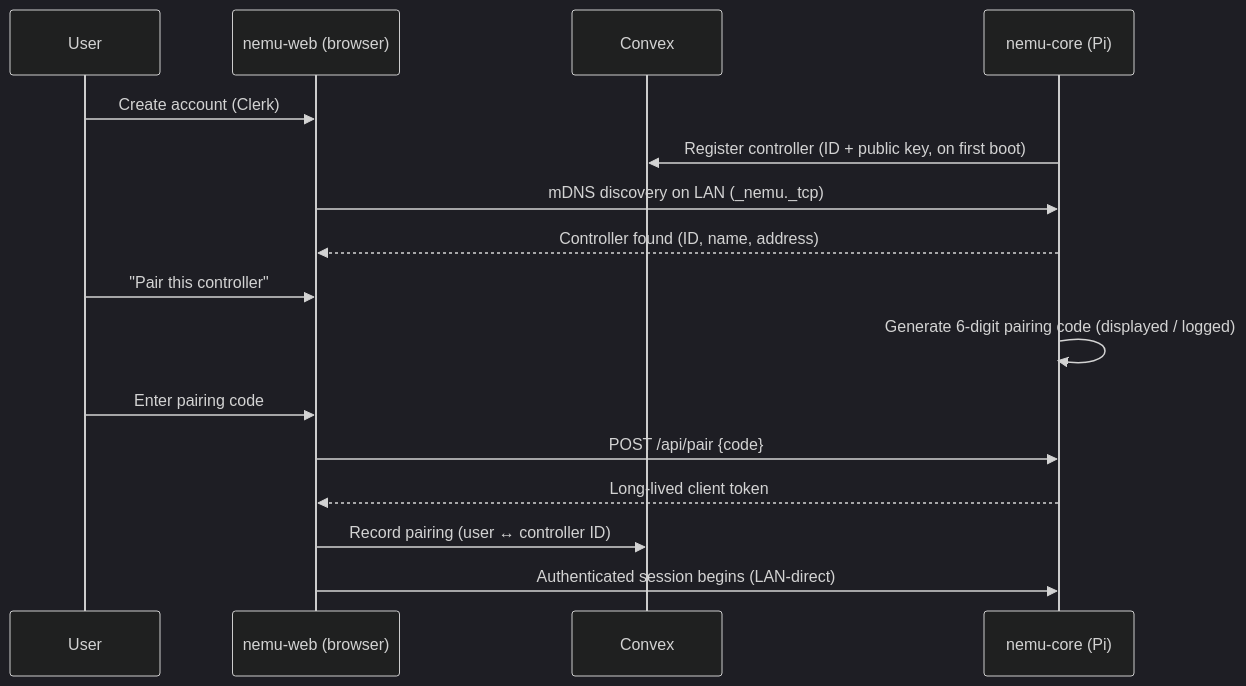
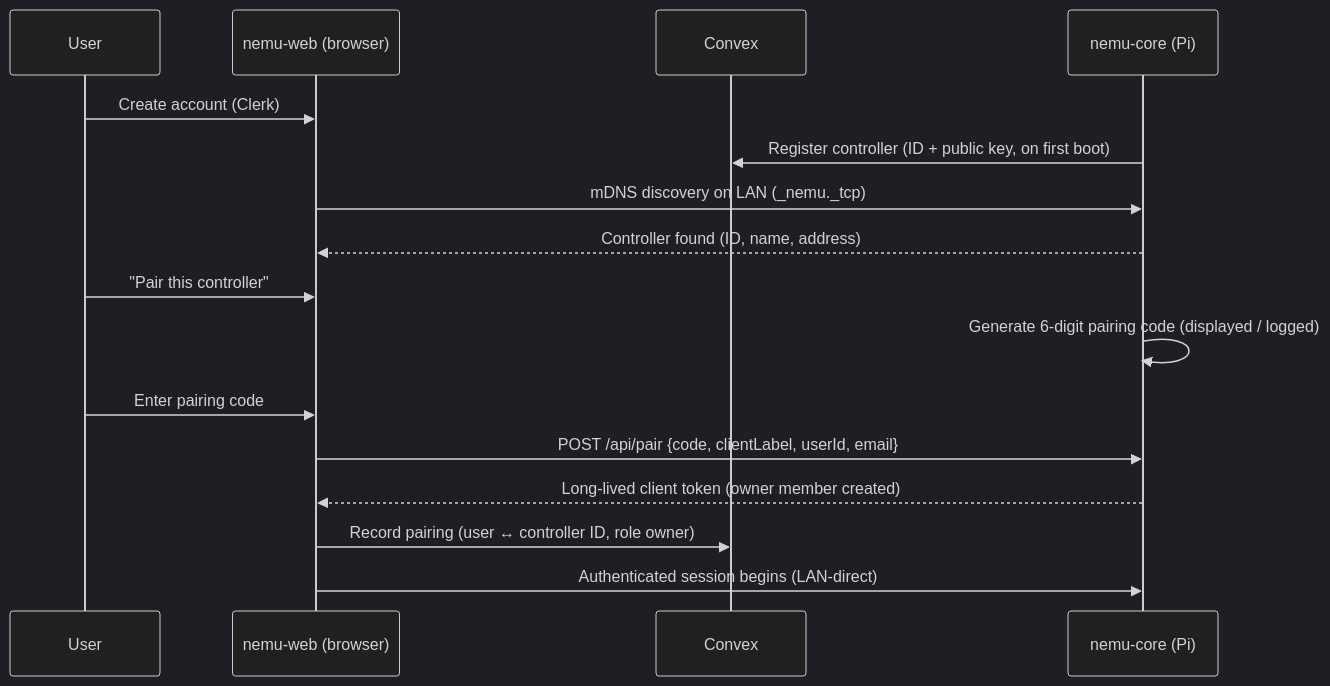
One commit to Zed-Softworks-Official/nemu changed the diagram in docs/DESIGN.md. Above: the diagram before and after it, drawn with Mermaid (dark theme). The commit also changed other lines of this file and 48 other files, not shown here.

````diff
--- a/docs/DESIGN.md
+++ b/docs/DESIGN.md
@@ -106,19 +106,19 @@
 ```mermaid
 sequenceDiagram
     participant U as User
     participant W as nemu-web (browser)
     participant CV as Convex
     participant C as nemu-core (Pi)
 
     U->>W: Create account (Clerk)
     C->>CV: Register controller (ID + public key, on first boot)
     W->>C: mDNS discovery on LAN (_nemu._tcp)
     C-->>W: Controller found (ID, name, address)
     U->>W: "Pair this controller"
     C->>C: Generate 6-digit pairing code (displayed / logged)
     U->>W: Enter pairing code
-    W->>C: POST /api/pair {code}
-    C-->>W: Long-lived client token
-    W->>CV: Record pairing (user ↔ controller ID)
+    W->>C: POST /api/pair {code, clientLabel, userId, email}
+    C-->>W: Long-lived client token (owner member created)
+    W->>CV: Record pairing (user ↔ controller ID, role owner)
     W->>C: Authenticated session begins (LAN-direct)
 ```
````
